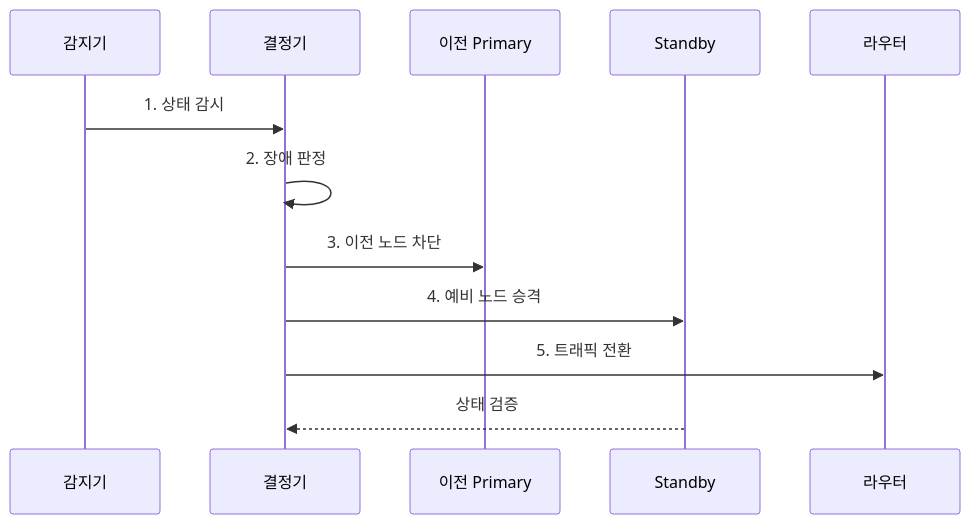
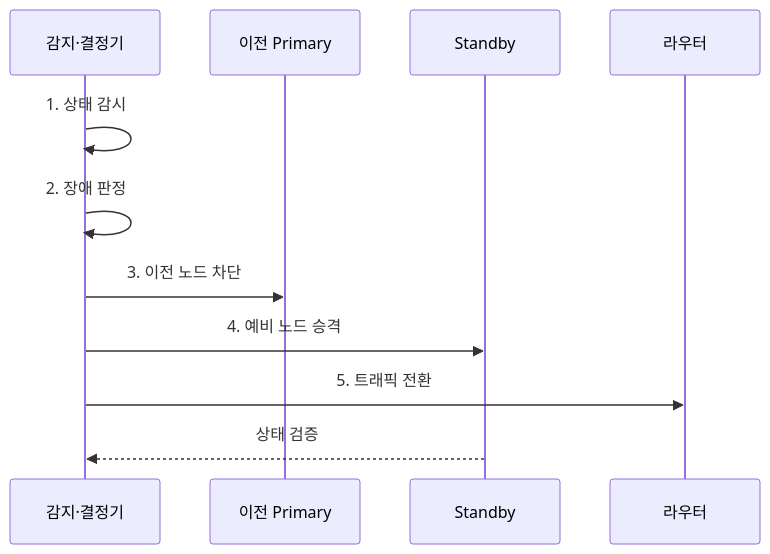
One commit to agnusdei1207/knowledge-base changed the second of 2 diagrams in src/content/docs/notes/03-software/200_auto_failover.md. Above: the diagram before and after it, drawn with Mermaid. The commit also changed 9 other files, not shown here.

Commit message:
Focus governance and assurance diagrams

````diff
--- a/src/content/docs/notes/03-software/200_auto_failover.md
+++ b/src/content/docs/notes/03-software/200_auto_failover.md
@@ -96,14 +96,13 @@
 ```mermaid
 sequenceDiagram
-    participant M as 감지기
-    participant D as 결정기
+    participant D as 감지·결정기
     participant P as 이전 Primary
     participant S as Standby
     participant R as 라우터
-    M->>D: 1. 상태 감시
+    D->>D: 1. 상태 감시
     D->>D: 2. 장애 판정
     D->>P: 3. 이전 노드 차단
     D->>S: 4. 예비 노드 승격
     D->>R: 5. 트래픽 전환
     S-->>D: 상태 검증
 ```
````
